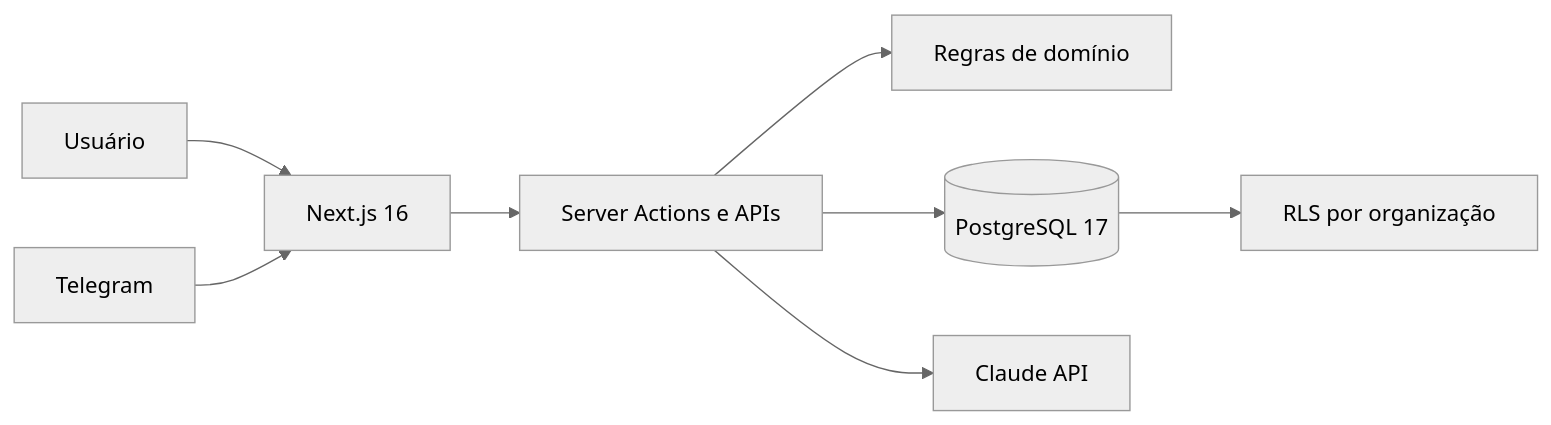
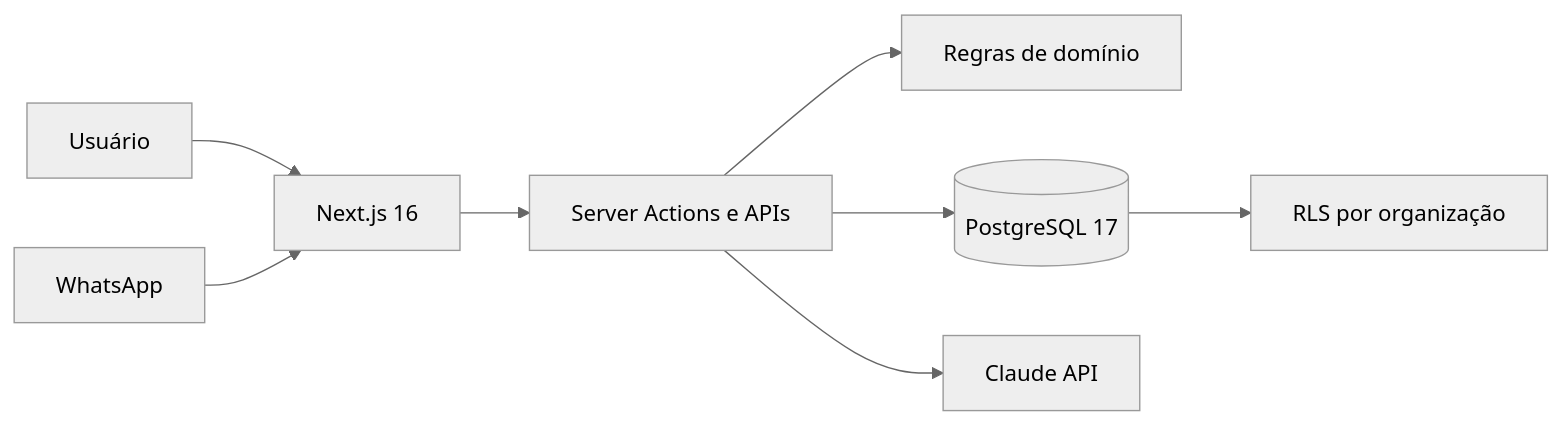
The diagram in README.md (Bruno-I-A/guilda), drawn with Mermaid (neutral theme) before and after one commit. The commit also changed other lines of this file and 101 other files, not shown here.

First line of the commit message:
Avisos e missões pelo WhatsApp (todos, por texto, áudio, foto ou PDF); sai o Telegram (#166)

````diff
--- a/README.md
+++ b/README.md
@@ -40,10 +40,10 @@
 ```mermaid
 flowchart LR
     U[Usuário] --> N[Next.js 16]
-    T[Telegram] --> N
+    T[WhatsApp] --> N
     N --> A[Server Actions e APIs]
     A --> R[Regras de domínio]
     A --> P[(PostgreSQL 17)]
     P --> I[RLS por organização]
     A --> C[Claude API]
 ```
````
